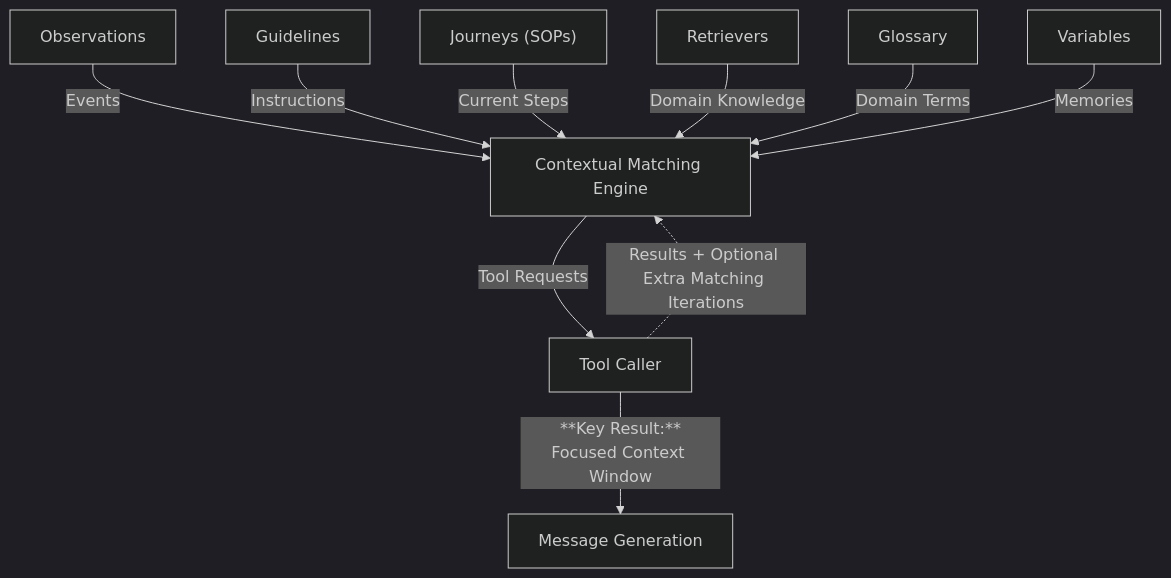
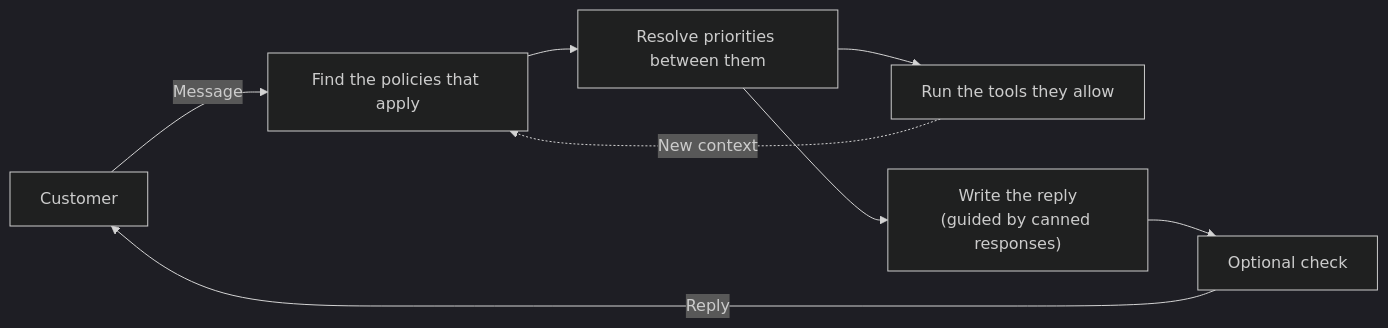
The diagram in README.md (emcie-co/parlant), drawn with Mermaid (dark theme) before and after one commit. The commit also changed other lines of this file and 808 other files, not shown here.

````diff
--- a/README.md
+++ b/README.md
@@ -127,12 +192,10 @@
 ```mermaid
-graph TD
-    O[Observations] -->|Events| E[Contextual Matching Engine]
-    G[Guidelines] -->|Instructions| E
-    J["Journeys (SOPs)"] -->|Current Steps| E
-    R[Retrievers] -->|Domain Knowledge| E
-    GL[Glossary] -->|Domain Terms| E
-    V[Variables] -->|Memories| E
-    E -->|Tool Requests| T[Tool Caller]
-    T -.->|Results + Optional Extra Matching Iterations| E
-    T -->|**Key Result:**<br/>Focused Context Window| M[Message Generation]
+flowchart LR
+    C[Customer] -->|Message| M[Find the policies that apply]
+    M --> R[Resolve priorities between them]
+    R --> T[Run the tools they allow]
+    T -. New context .-> M
+    R --> G["Write the reply<br/>(guided by canned responses)"]
+    G --> V[Optional check]
+    V -->|Reply| C
 ```
````
